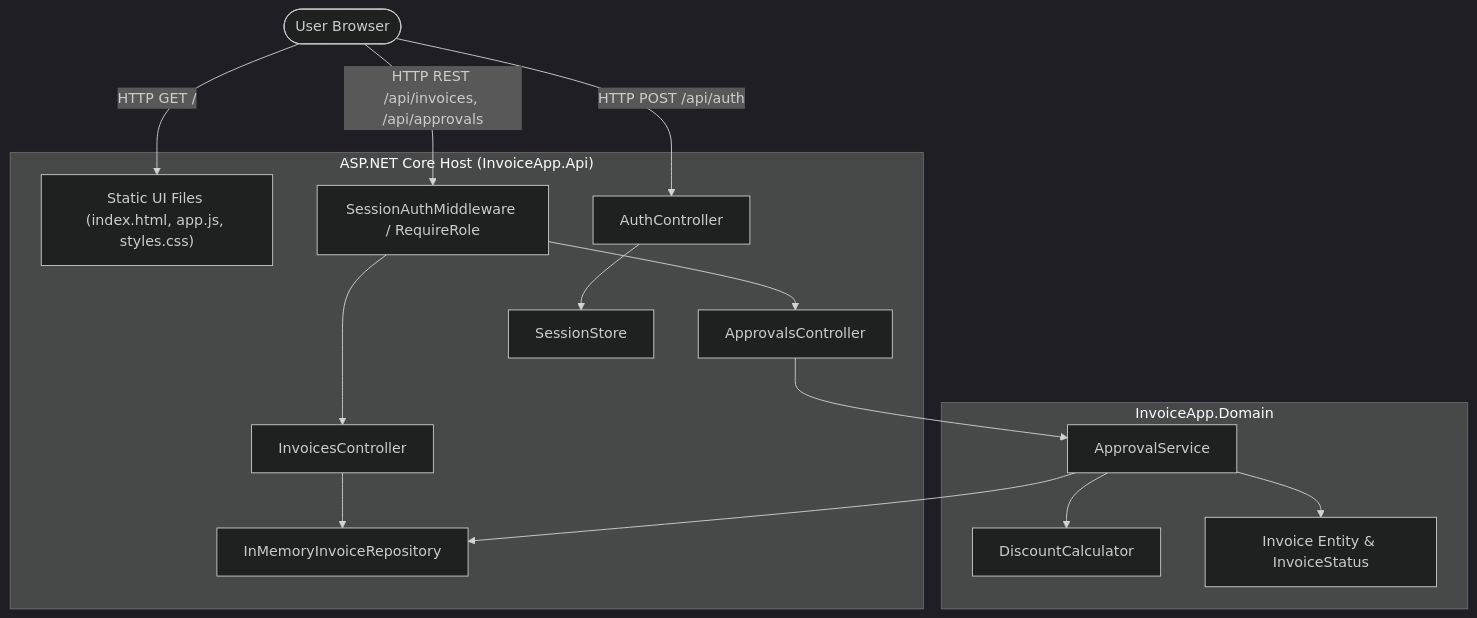
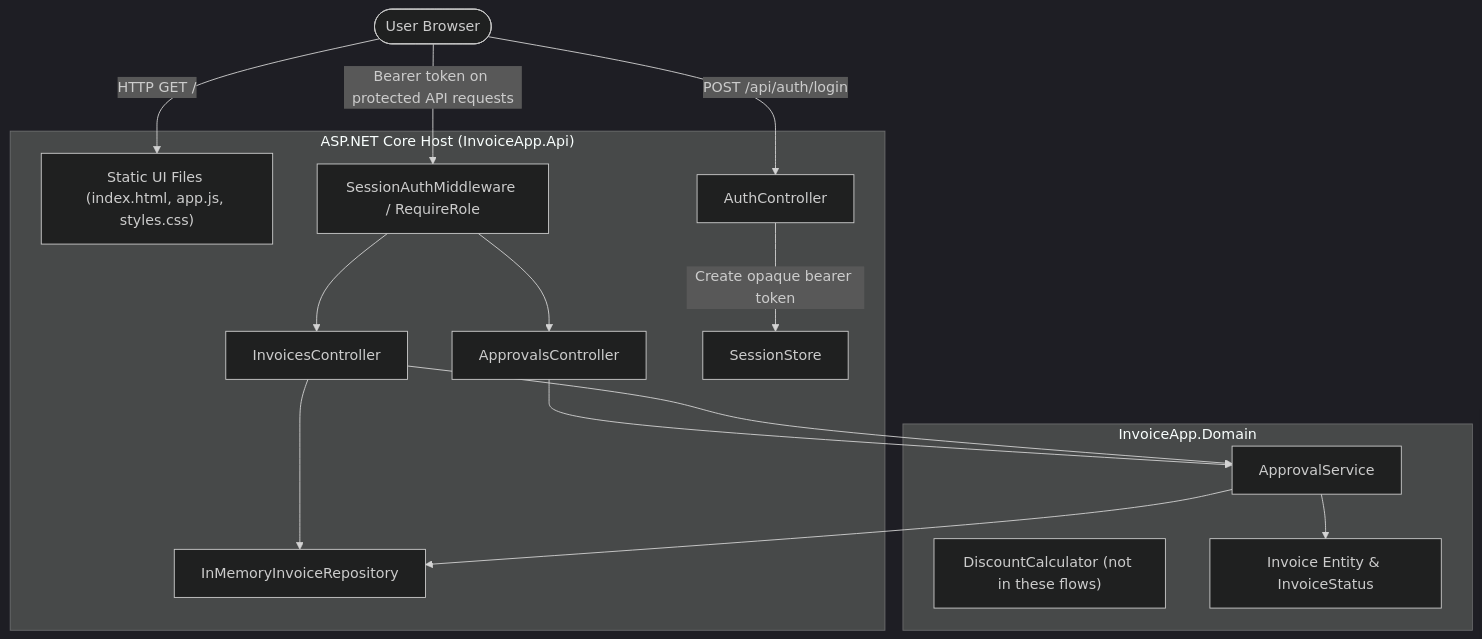
One commit to iamtheashish480/Ashish_3162696 changed the first of 3 diagrams in docs/architecture/as-built-and-target-diagrams.md. Above: the diagram before and after it, drawn with Mermaid (dark theme). The commit also changed other lines of this file and 6 other files, not shown here.

````diff
--- a/docs/architecture/as-built-and-target-diagrams.md
+++ b/docs/architecture/as-built-and-target-diagrams.md
@@ -5,30 +5,30 @@
 ```mermaid
 graph TD
     User([User Browser])
     subgraph "ASP.NET Core Host (InvoiceApp.Api)"
         StaticFiles["Static UI Files (index.html, app.js, styles.css)"]
         SessionAuth["SessionAuthMiddleware / RequireRole"]
         InvoicesCtrl["InvoicesController"]
         ApprovalsCtrl["ApprovalsController"]
         AuthCtrl["AuthController"]
         SessionStore["SessionStore"]
         Repo["InMemoryInvoiceRepository"]
     end
     subgraph "InvoiceApp.Domain"
         ApprovalSvc["ApprovalService"]
-        DiscountCalc["DiscountCalculator"]
+        DiscountCalc["DiscountCalculator (not in these flows)"]
         InvoiceModel["Invoice Entity & InvoiceStatus"]
     end
 
     User -->|HTTP GET /| StaticFiles
-    User -->|HTTP POST /api/auth| AuthCtrl
-    AuthCtrl --> SessionStore
-    User -->|HTTP REST /api/invoices, /api/approvals| SessionAuth
+    User -->|POST /api/auth/login| AuthCtrl
+    AuthCtrl -->|Create opaque bearer token| SessionStore
+    User -->|Bearer token on protected API requests| SessionAuth
     SessionAuth --> ApprovalsCtrl
     SessionAuth --> InvoicesCtrl
     ApprovalsCtrl --> ApprovalSvc
     InvoicesCtrl --> Repo
+    InvoicesCtrl --> ApprovalSvc
     ApprovalSvc --> Repo
-    ApprovalSvc --> DiscountCalc
     ApprovalSvc --> InvoiceModel
 ```
````
